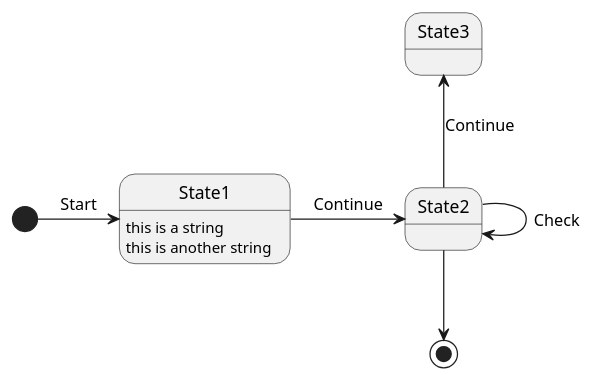
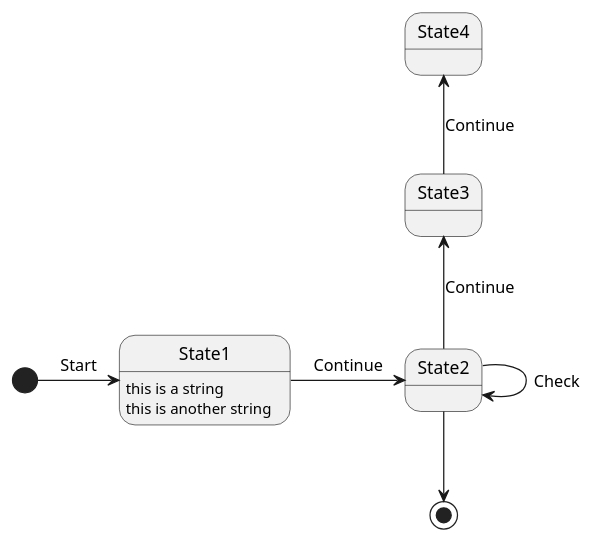
The diagram in Source/EtAlii.Generators.Stateless.Tests/MyAsyncStateMachine.puml (vrenken/EtAlii.Generators), drawn with PlantUML before and after one commit. The commit also changed 7 other files, not shown here.

```diff
--- a/Source/EtAlii.Generators.Stateless.Tests/MyAsyncStateMachine.puml
+++ b/Source/EtAlii.Generators.Stateless.Tests/MyAsyncStateMachine.puml
@@ -1,14 +1,15 @@
 @startuml
 'stateless namespace EtAlii.Generators.Stateless.Tests
 'stateless class MyAsyncStateMachineBase
 'stateless generate partial
 'stateless using System.Text
 
 [*] -> State1 << async (string name) >> : Start
 State1 : this is a string
 State1 : this is another string
 State1 -> State2 << async >> : Continue
 State2 -down-> [*]
 State2 -> State2 << (string name) >> : Check
 State2 -up-> State3 : Continue
+State3 -up-> State4 : Continue
 @enduml
```
